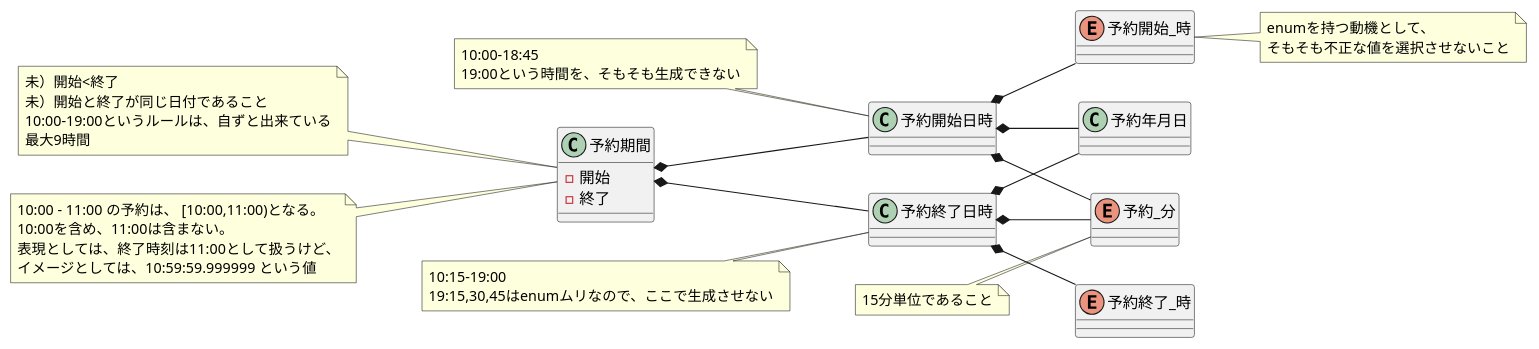
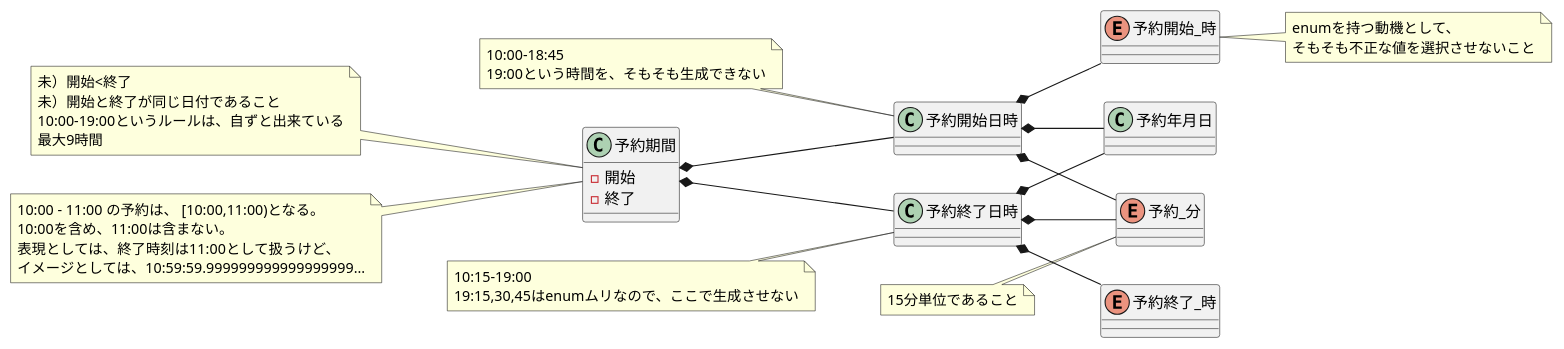
The diagram in diagram/domain_model.pu (t2-kob/ModelingKai-Reservation), drawn with PlantUML before and after one commit.

Commit message:
ご指摘：小数点以下の値はあり得ない値にしておいてくれ

```diff
--- a/diagram/domain_model.pu
+++ b/diagram/domain_model.pu
@@ -1,64 +1,64 @@
 @startuml
 
 left to right direction
 
 
 class 予約年月日
 enum 予約開始_時
 enum 予約終了_時
 enum 予約_分
 
 class 予約期間{
     - 開始
     - 終了
 }
 
 class 予約開始日時
 class 予約終了日時
 
 note left of 予約期間
 未）開始<終了
 未）開始と終了が同じ日付であること
 10:00-19:00というルールは、自ずと出来ている
 最大9時間
 end note
 
 note left of 予約_分
 15分単位であること
 end note
 
 
 予約開始日時 *-- 予約年月日
 予約開始日時 *-- 予約開始_時
 予約開始日時 *-- 予約_分
 予約終了日時 *-- 予約年月日
 予約終了日時 *-- 予約終了_時
 予約終了日時 *-- 予約_分
 
 予約期間 *-- 予約開始日時
 予約期間 *-- 予約終了日時
 
 note left of 予約期間
 10:00 - 11:00 の予約は、 [10:00,11:00)となる。
 10:00を含め、11:00は含まない。
 表現としては、終了時刻は11:00として扱うけど、
-イメージとしては、10:59:59.999999 という値
+イメージとしては、10:59:59.999999999999999999...
 end note
 
 note left of 予約開始日時
 10:00-18:45
 19:00という時間を、そもそも生成できない
 end note
 
 
 note left of 予約終了日時
 10:15-19:00
 19:15,30,45はenumムリなので、ここで生成させない
 end note
 
 note right of 予約開始_時
 enumを持つ動機として、
 そもそも不正な値を選択させないこと
 end note
 
 @enduml
```
